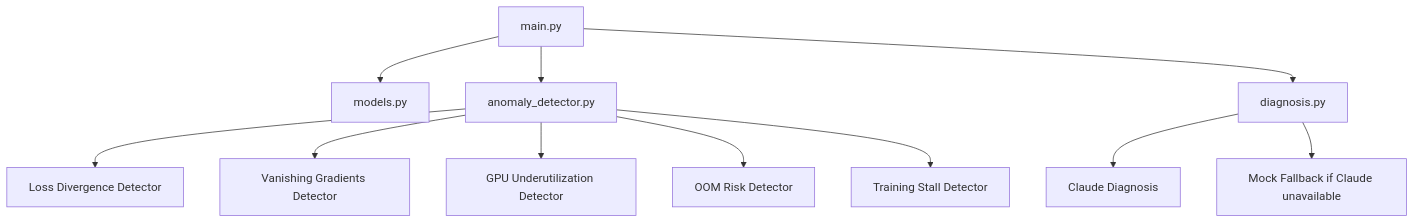
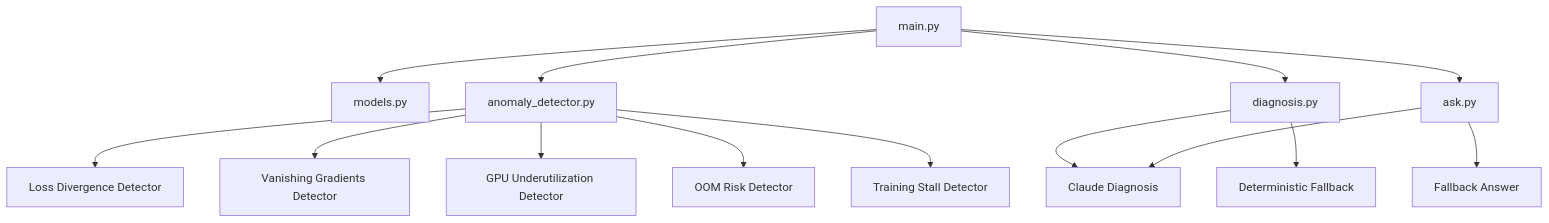
One commit to agarwalpragya/trainlens-ai changed the second of 3 diagrams in docs/ARCHITECTURE.md. Above: the diagram before and after it, drawn with Mermaid. The commit also changed other lines of this file and 17 other files, not shown here.

Commit message:
Fix layout, add JSON upload, GPU and memory charts - all verified

````diff
--- a/docs/ARCHITECTURE.md
+++ b/docs/ARCHITECTURE.md
@@ -30,13 +40,16 @@
 ```mermaid
 flowchart TD
     A[main.py] --> B[models.py]
     A --> C[anomaly_detector.py]
     A --> D[diagnosis.py]
-    C --> E[Loss Divergence Detector]
-    C --> F[Vanishing Gradients Detector]
-    C --> G[GPU Underutilization Detector]
-    C --> H[OOM Risk Detector]
-    C --> I[Training Stall Detector]
-    D --> J[Claude Diagnosis]
-    D --> K[Mock Fallback if Claude unavailable]
+    A --> E[ask.py]
+    C --> F[Loss Divergence Detector]
+    C --> G[Vanishing Gradients Detector]
+    C --> H[GPU Underutilization Detector]
+    C --> I[OOM Risk Detector]
+    C --> J[Training Stall Detector]
+    D --> K[Claude Diagnosis]
+    D --> L[Deterministic Fallback]
+    E --> K
+    E --> M[Fallback Answer]
 ```
````
